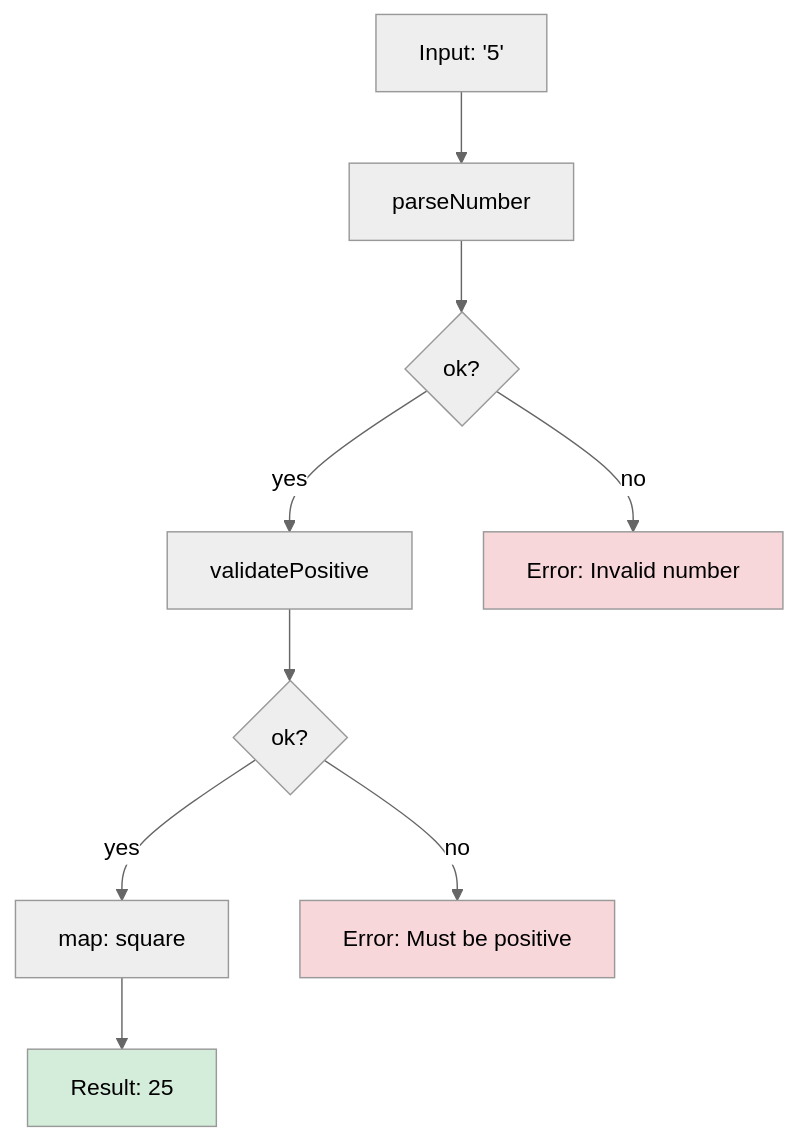
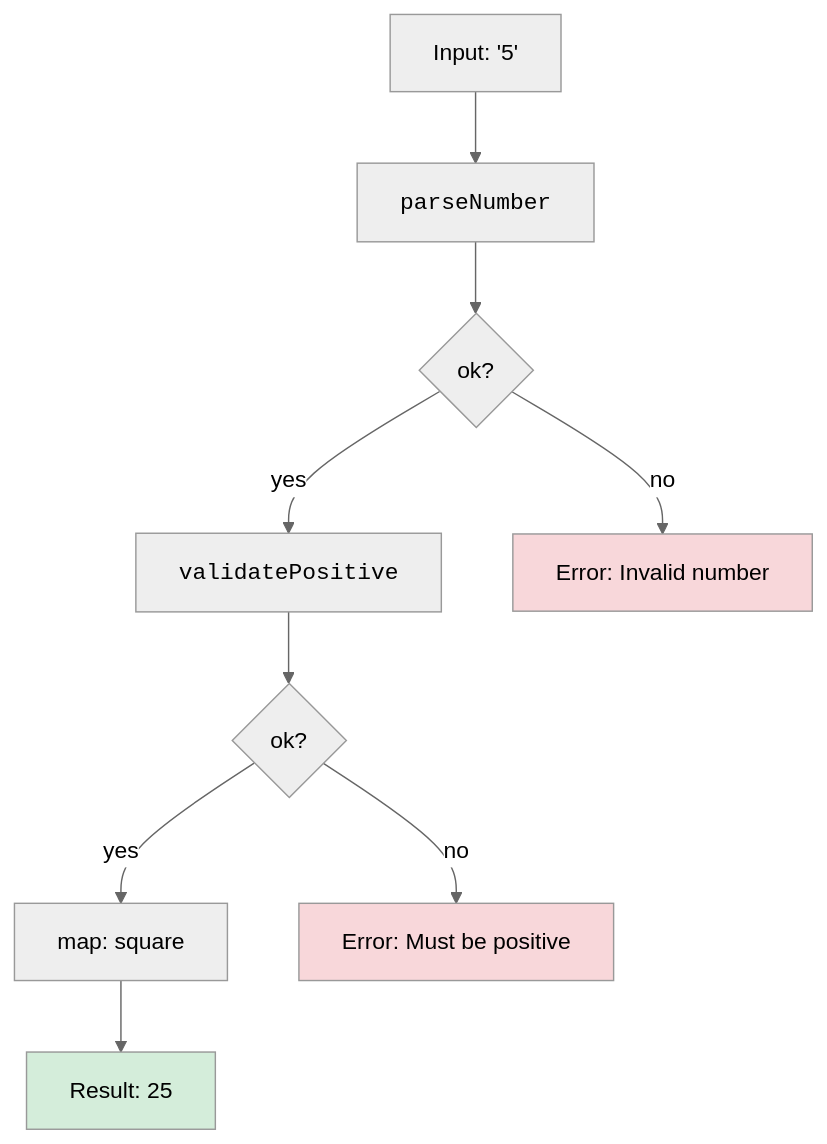
One commit to dataslope/dataslope changed the diagram in content/learn/typescript-from-scratch/error-handling-with-types.mdx. Above: the diagram before and after it, drawn with Mermaid (neutral theme). The commit also changed 153 other files, not shown here.

First line of the commit message:
Render code-only mermaid shapes in monospace; convert step sequences to Steps

````diff
--- a/content/learn/typescript-from-scratch/error-handling-with-types.mdx
+++ b/content/learn/typescript-from-scratch/error-handling-with-types.mdx
@@ -259,14 +259,14 @@
 ```mermaid
 graph TD
-    A[Input: '5'] --> B[parseNumber]
+    A[Input: '5'] --> B["<code>parseNumber</code>"]
     B --> C{ok?}
-    C -->|yes| D[validatePositive]
+    C -->|yes| D["<code>validatePositive</code>"]
     C -->|no| E[Error: Invalid number]
     D --> F{ok?}
     F -->|yes| G[map: square]
     F -->|no| H[Error: Must be positive]
     G --> I[Result: 25]
     style I fill:#d4edda
     style E fill:#f8d7da
     style H fill:#f8d7da
 ```
````
